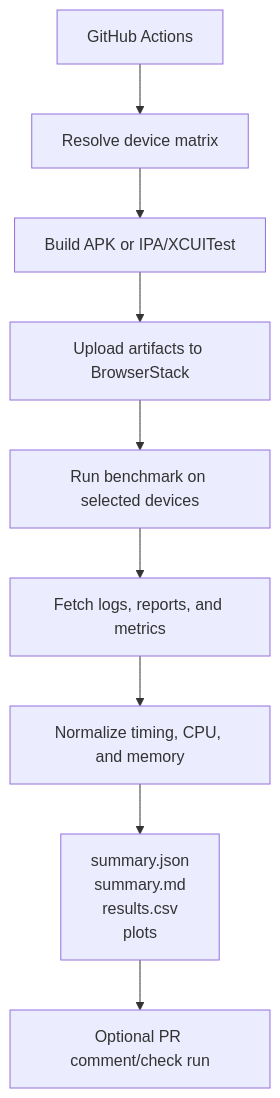
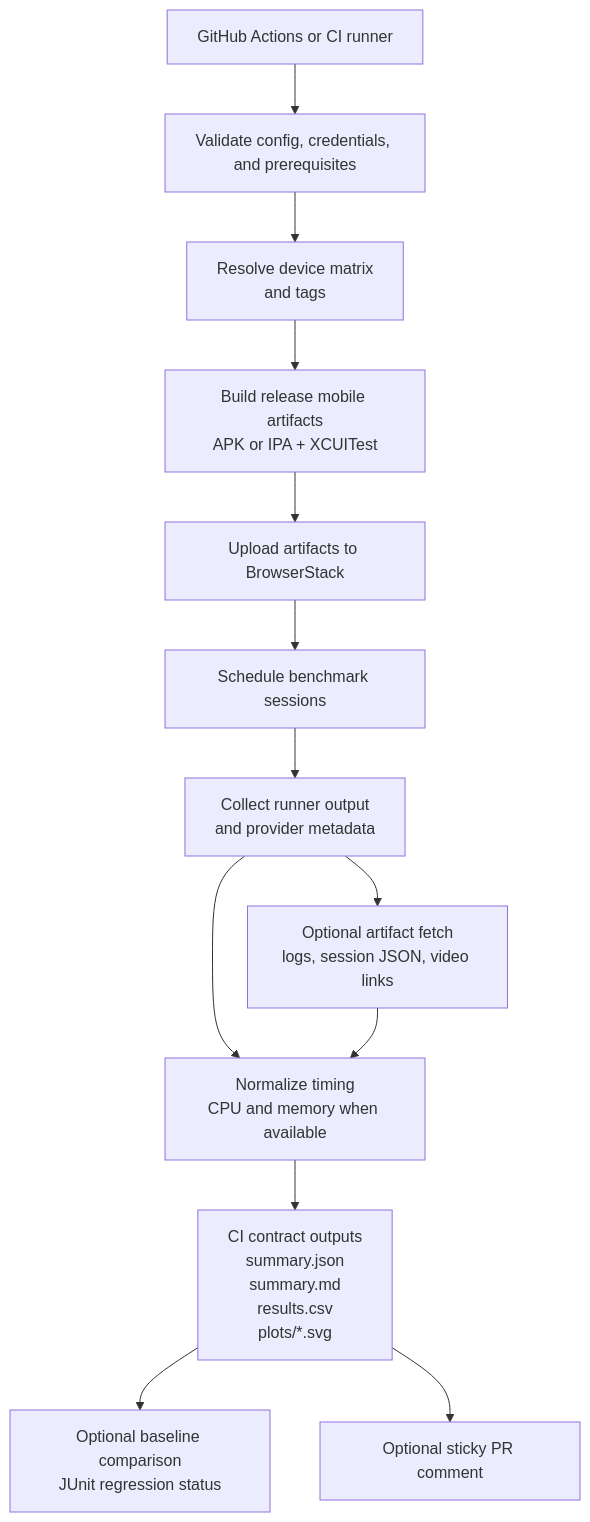
The third of 5 diagrams in README.md (worldcoin/mobile-bench-rs), drawn with Mermaid before and after one commit. The commit also changed other lines of this file and 47 other files, not shown here.

````diff
--- a/README.md
+++ b/README.md
@@ -366,11 +114,28 @@
 ```mermaid
 flowchart TD
-    workflow["GitHub Actions"] --> resolve["Resolve device matrix"]
-    resolve --> build["Build APK or IPA/XCUITest"]
-    build --> upload["Upload artifacts to BrowserStack"]
-    upload --> run["Run benchmark on selected devices"]
-    run --> fetch["Fetch logs, reports, and metrics"]
-    fetch --> normalize["Normalize timing, CPU, and memory"]
-    normalize --> outputs["summary.json\nsummary.md\nresults.csv\nplots"]
-    outputs --> pr["Optional PR comment/check run"]
+    workflow["GitHub Actions or CI runner"]
+    doctor["Validate config, credentials, and prerequisites"]
+    resolve["Resolve device matrix\nand tags"]
+    build["Build release mobile artifacts\nAPK or IPA + XCUITest"]
+    upload["Upload artifacts to BrowserStack"]
+    schedule["Schedule benchmark sessions"]
+    collect["Collect runner output\nand provider metadata"]
+    fetch["Optional artifact fetch\nlogs, session JSON, video links"]
+    normalize["Normalize timing\nCPU and memory when available"]
+    outputs["CI contract outputs\nsummary.json\nsummary.md\nresults.csv\nplots/*.svg"]
+    regressions["Optional baseline comparison\nJUnit regression status"]
+    pr["Optional sticky PR comment"]
+
+    workflow --> doctor
+    doctor --> resolve
+    resolve --> build
+    build --> upload
+    upload --> schedule
+    schedule --> collect
+    collect --> fetch
+    collect --> normalize
+    fetch --> normalize
+    normalize --> outputs
+    outputs --> regressions
+    outputs --> pr
 ```
````
